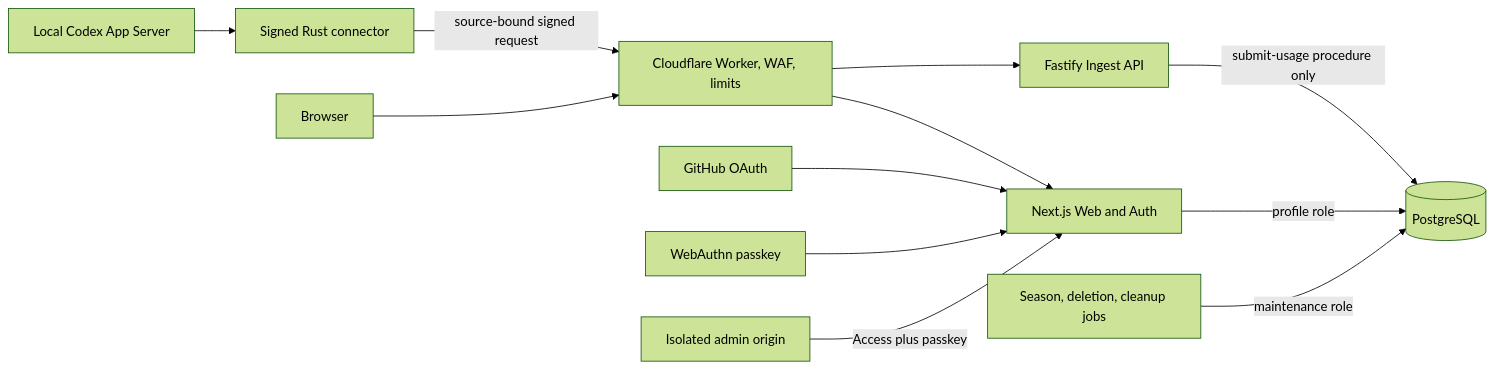
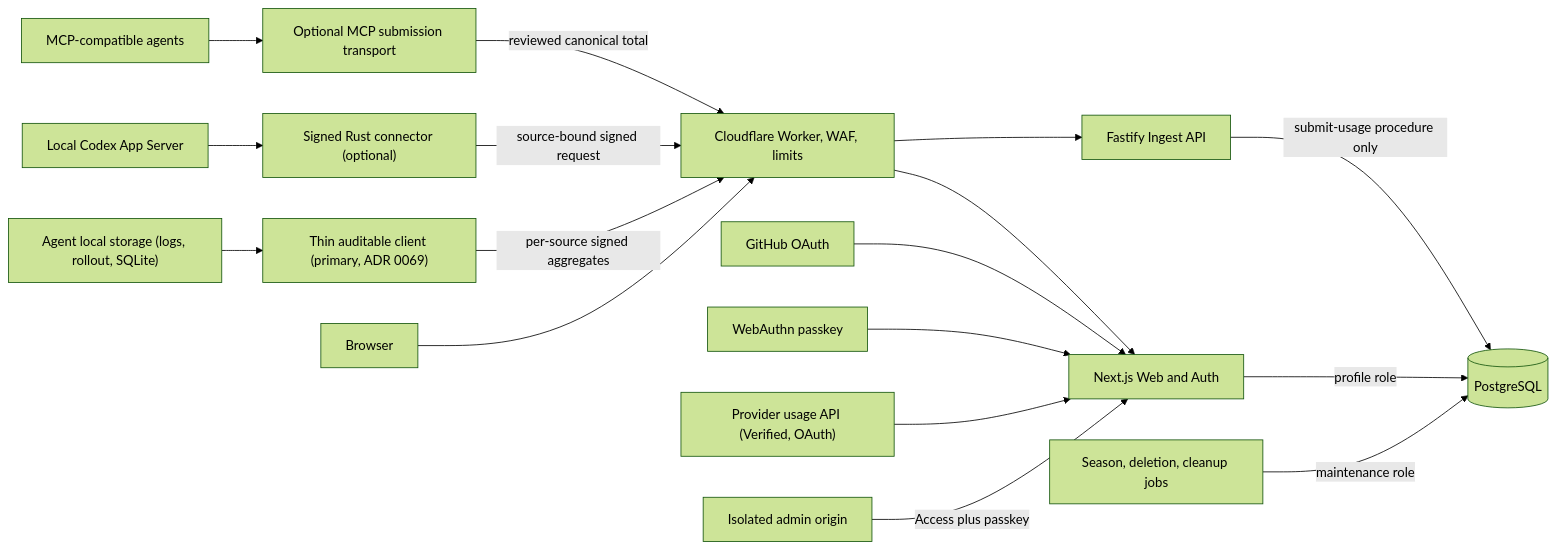
Before and after one commit to Tah10n/viberacing: the diagram in docs/PROJECT_PLAN.md, drawn with Mermaid (forest theme). The commit also changed other lines of this file and 49 other files, not shown here.

````diff
--- a/docs/PROJECT_PLAN.md
+++ b/docs/PROJECT_PLAN.md
@@ -126,18 +183,23 @@
 ```mermaid
 flowchart LR
-    Codex["Local Codex App Server"] --> Connector["Signed Rust connector"]
-    Connector -->|"source-bound signed request"| Edge["Cloudflare Worker, WAF, limits"]
+    Storage["Agent local storage (logs, rollout, SQLite)"] --> ThinClient["Thin auditable client (primary, ADR 0069)"]
+    Codex["Local Codex App Server"] --> Connector["Signed Rust connector (optional)"]
+    Agents["MCP-compatible agents"] --> MCP["Optional MCP submission transport"]
+    ThinClient -->|"per-source signed aggregates"| Edge["Cloudflare Worker, WAF, limits"]
+    Connector -->|"source-bound signed request"| Edge
+    MCP -->|"reviewed canonical total"| Edge
     Browser["Browser"] --> Edge
 
     GitHub["GitHub OAuth"] --> Web["Next.js Web and Auth"]
     Passkey["WebAuthn passkey"] --> Web
+    Provider["Provider usage API (Verified, OAuth)"] --> Web
 
     Edge --> Web
     Edge --> Ingest["Fastify Ingest API"]
 
     Web -->|"profile role"| DB[("PostgreSQL")]
     Ingest -->|"submit-usage procedure only"| DB
     Jobs["Season, deletion, cleanup jobs"] -->|"maintenance role"| DB
 
     Admin["Isolated admin origin"] -->|"Access plus passkey"| Web
 ```
````
